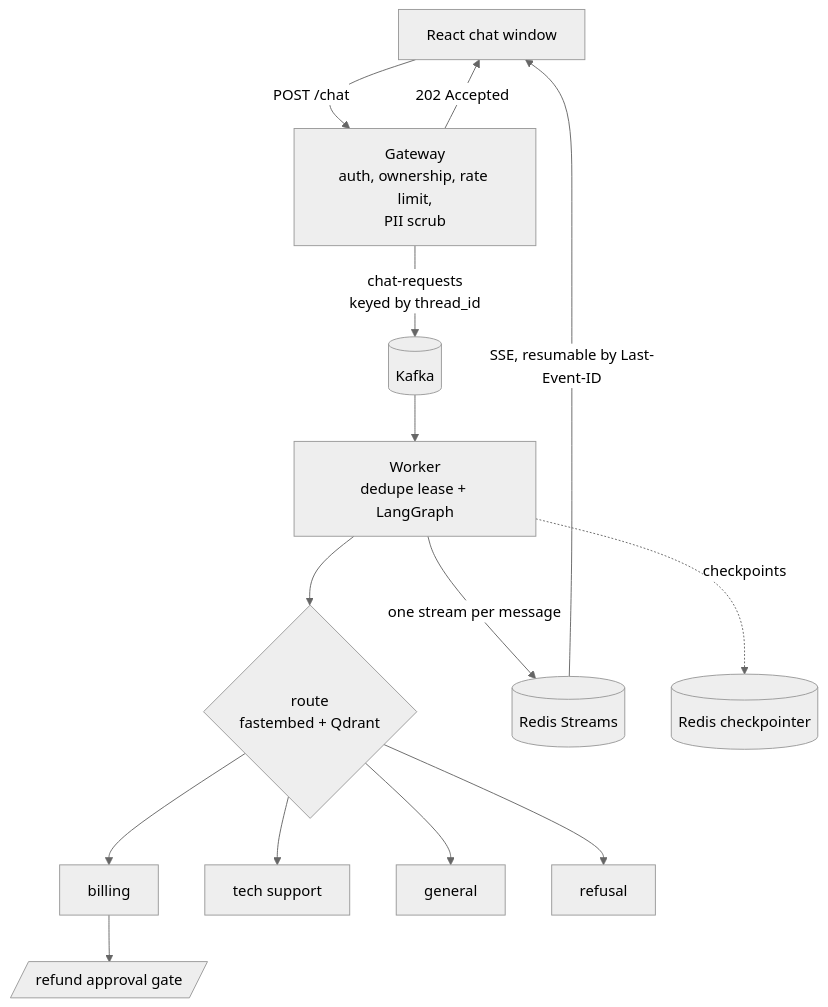
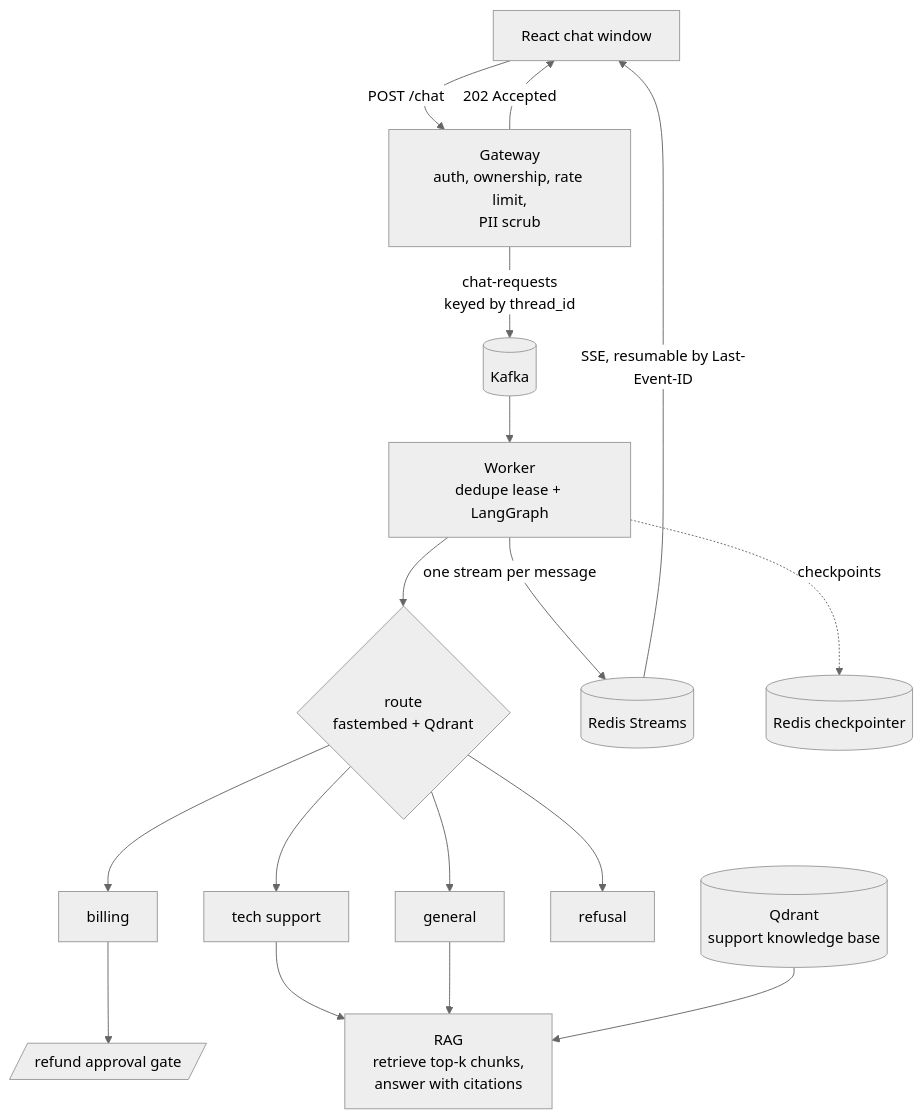
The diagram in work/event-driven-chatbot.md (jayakumar-devaraj/jayakumar-devaraj.github.io), drawn with Mermaid (neutral theme) before and after one commit.

Commit message:
Show RAG on the tech-support and general routes in the chatbot topology

````diff
--- a/work/event-driven-chatbot.md
+++ b/work/event-driven-chatbot.md
@@ -13,16 +13,19 @@
 ```mermaid
 flowchart TB
     C["React chat window"] -->|"POST /chat"| G["Gateway<br/>auth, ownership, rate limit,<br/>PII scrub"]
     G -->|"202 Accepted"| C
     G -->|"chat-requests<br/>keyed by thread_id"| K[("Kafka")]
     K --> W["Worker<br/>dedupe lease + LangGraph"]
     W --> R{"route<br/>fastembed + Qdrant"}
     R --> B["billing"]
     R --> T["tech support"]
     R --> GEN["general"]
     R --> REF["refusal"]
+    T --> RAG["RAG<br/>retrieve top-k chunks,<br/>answer with citations"]
+    GEN --> RAG
+    KB[("Qdrant<br/>support knowledge base")] --> RAG
     B --> AP[/"refund approval gate"/]
     W -->|"one stream per message"| S[("Redis Streams")]
     W -.->|checkpoints| RC[("Redis checkpointer")]
     S -->|"SSE, resumable by Last-Event-ID"| C
 ```
````
